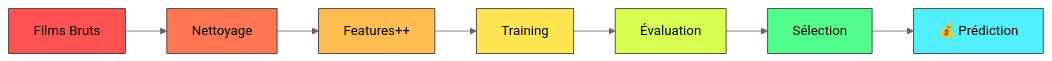
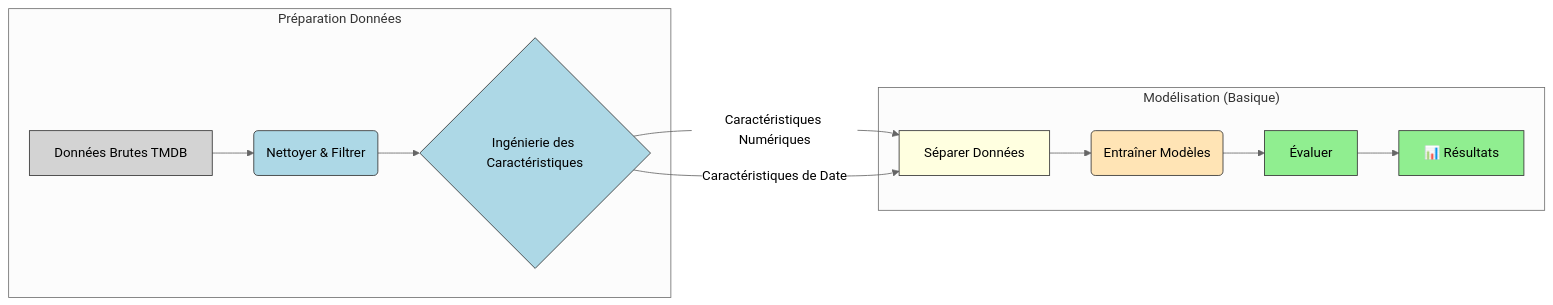
Before and after one commit to Beg1nner4ever/y_BoxOffice: the diagram in README.md, drawn with Mermaid (neutral theme). The commit also changed other lines of this file and 4 other files, not shown here.

````diff
--- a/README.md
+++ b/README.md
@@ -45,18 +44,26 @@
 ```mermaid
 graph LR
-    A[Films Bruts] --> B[Nettoyage]
-    B --> C[Features++]
-    C --> D[Training]
-    D --> E[Évaluation]
-    E --> F[Sélection]
-    F --> G[💰 Prédiction]
-    
-    style A fill:#FF5252,stroke:#333
-    style B fill:#FF7752,stroke:#333
-    style C fill:#FFBD52,stroke:#333
-    style D fill:#FFE552,stroke:#333
-    style E fill:#D6FF52,stroke:#333
-    style F fill:#52FF8C,stroke:#333
-    style G fill:#52F0FF,stroke:#333
+    A[Données Brutes TMDB] --> B(Nettoyer & Filtrer);
+    B --> C{Ingénierie des Caractéristiques};
+    C -- Caractéristiques Numériques --> D[Séparer Données];
+    C -- Caractéristiques de Date --> D;
+    D --> E(Entraîner Modèles);
+    E --> F[Évaluer];
+    F --> G[📊 Résultats];
+
+    subgraph "Préparation Données"
+        A; B; C;
+    end
+    subgraph "Modélisation (Basique)"
+        D; E; F; G;
+    end
+
+    style A fill:#D3D3D3,stroke:#333
+    style B fill:#ADD8E6,stroke:#333
+    style C fill:#ADD8E6,stroke:#333
+    style D fill:#FFFFE0,stroke:#333
+    style E fill:#FFE4B5,stroke:#333
+    style F fill:#90EE90,stroke:#333
+    style G fill:#90EE90,stroke:#333
 
 ```
````
